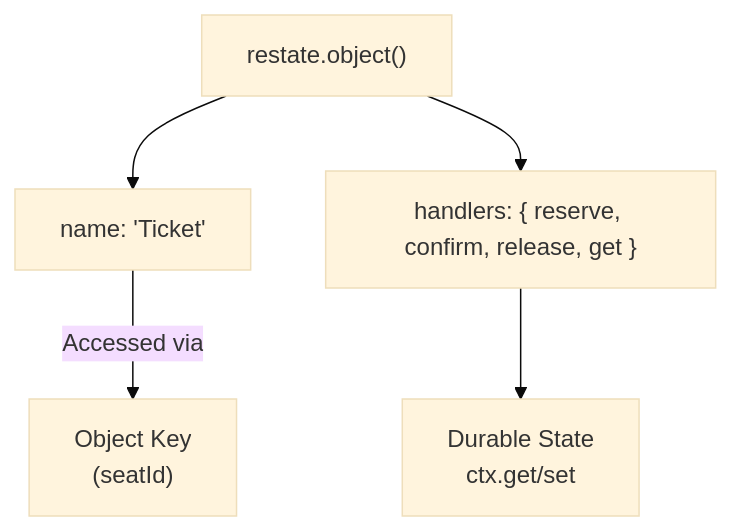
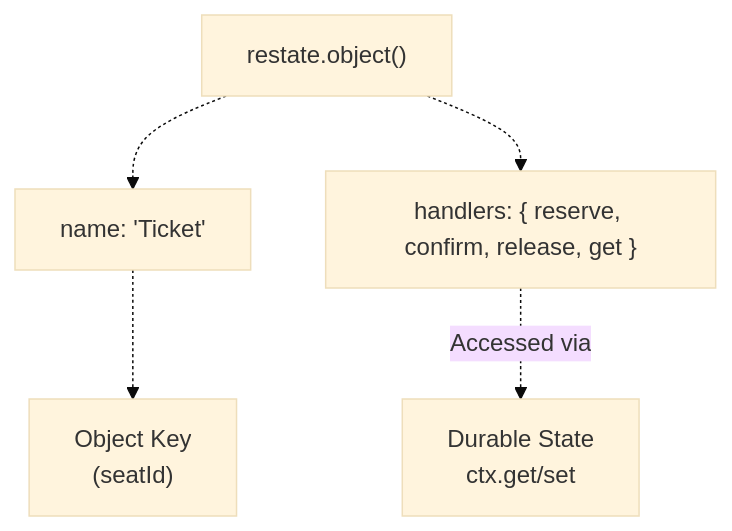
The first of 7 diagrams in docs/deepwiki/Virtual-Objects-&-Serialization.md (philipz/restate-cloudflare-workers-poc), drawn with Mermaid (base theme) before and after one commit. The commit also changed other lines of this file and 27 other files, not shown here.

````diff
--- a/docs/deepwiki/Virtual-Objects-&-Serialization.md
+++ b/docs/deepwiki/Virtual-Objects-&-Serialization.md
@@ -43,14 +43,14 @@
 ```mermaid
 flowchart TD
 
 Definition["restate.object()"]
 Name["name: 'Ticket'"]
 Handlers["handlers: { reserve, confirm, release, get }"]
 State["Durable State<br>ctx.get/set"]
 Key["Object Key<br>(seatId)"]
 
-Definition --> Name
-Definition --> Handlers
-Handlers --> State
-Name -->|"Accessed via"| Key
+Definition -.-> Name
+Definition -.-> Handlers
+Handlers -.->|"Accessed via"| State
+Name -.-> Key
 ```
````
